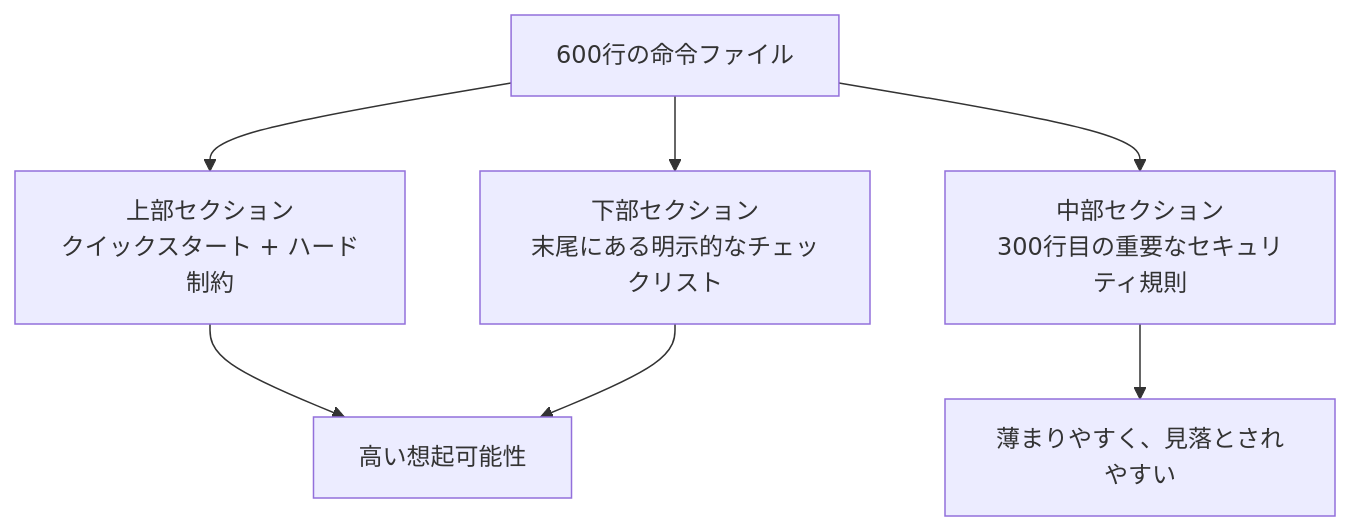
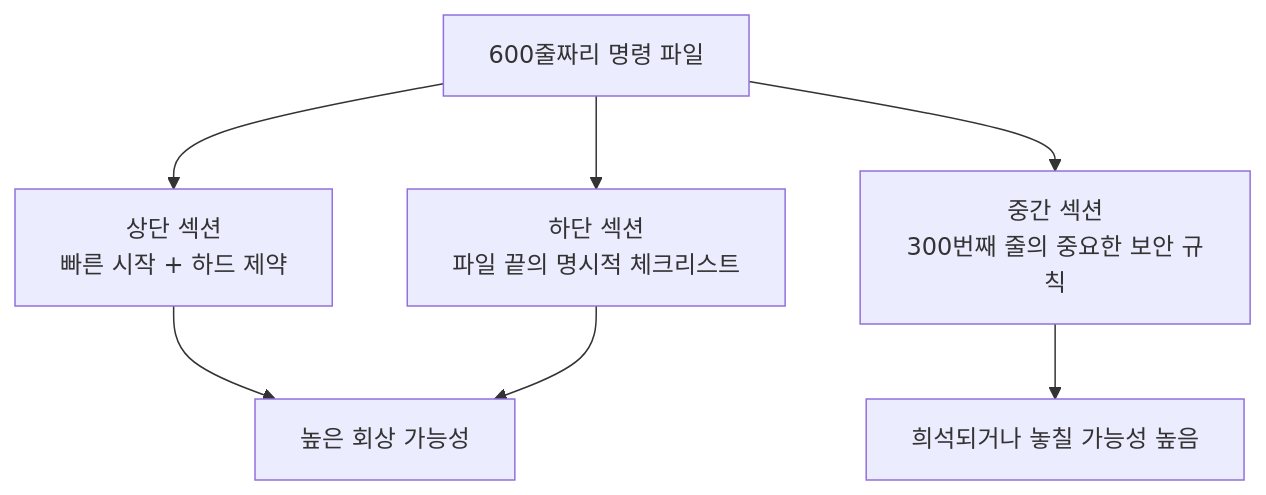
One commit to mkusaka/learn-harness-engineering changed the second of 2 diagrams in docs/ko/lectures/lecture-04-why-one-giant-instruction-file-fails/index.md. Above: the diagram before and after it, drawn with Mermaid. The commit also changed other lines of this file and 684 other files, not shown here.

````diff
--- a/docs/ko/lectures/lecture-04-why-one-giant-instruction-file-fails/index.md
+++ b/docs/ko/lectures/lecture-04-why-one-giant-instruction-file-fails/index.md
@@ -48,9 +48,9 @@
 ```mermaid
 flowchart TB
-    File["600行の命令ファイル"] --> Top["上部セクション<br/>クイックスタート + ハード制約"]
-    File --> Mid["中部セクション<br/>300行目の重要なセキュリティ規則"]
-    File --> Bot["下部セクション<br/>末尾にある明示的なチェックリスト"]
-    Top --> Seen["高い想起可能性"]
+    File["600줄짜리 명령 파일"] --> Top["상단 섹션<br/>빠른 시작 + 하드 제약"]
+    File --> Mid["중간 섹션<br/>300번째 줄의 중요한 보안 규칙"]
+    File --> Bot["하단 섹션<br/>파일 끝의 명시적 체크리스트"]
+    Top --> Seen["높은 회상 가능성"]
     Bot --> Seen
-    Mid --> Missed["薄まりやすく、見落とされやすい"]
+    Mid --> Missed["희석되거나 놓칠 가능성 높음"]
 ```
````
